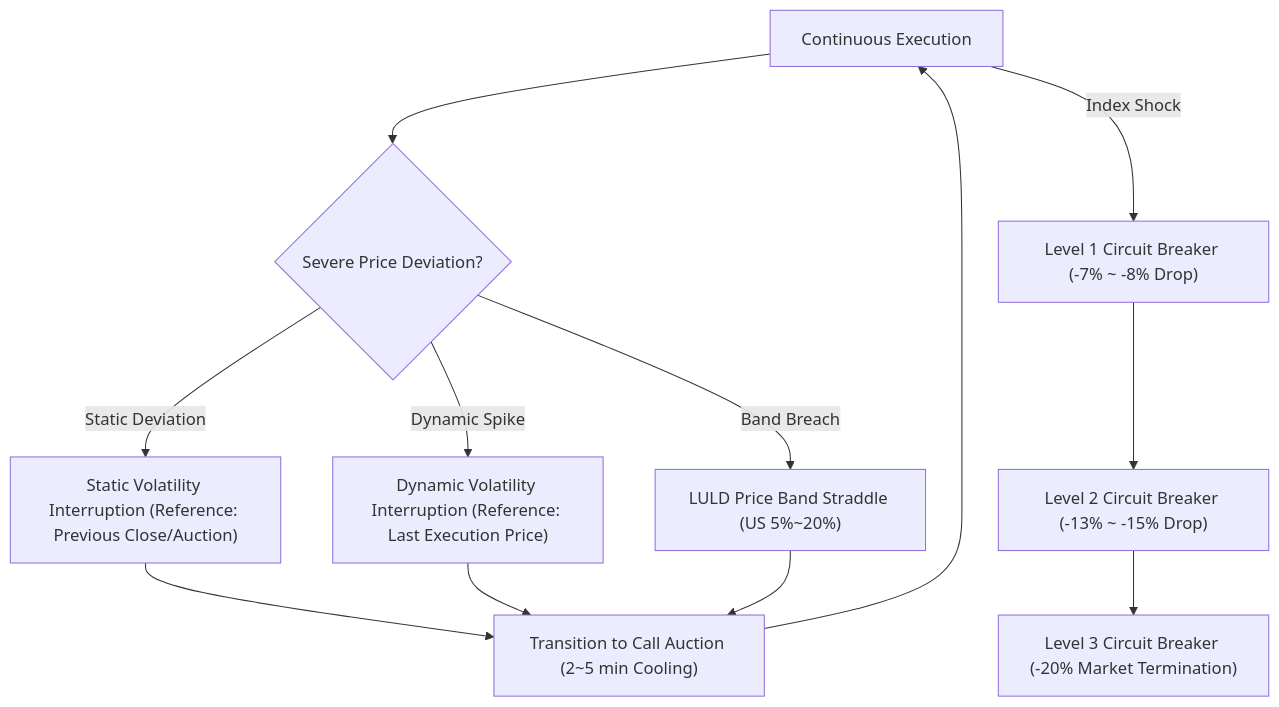
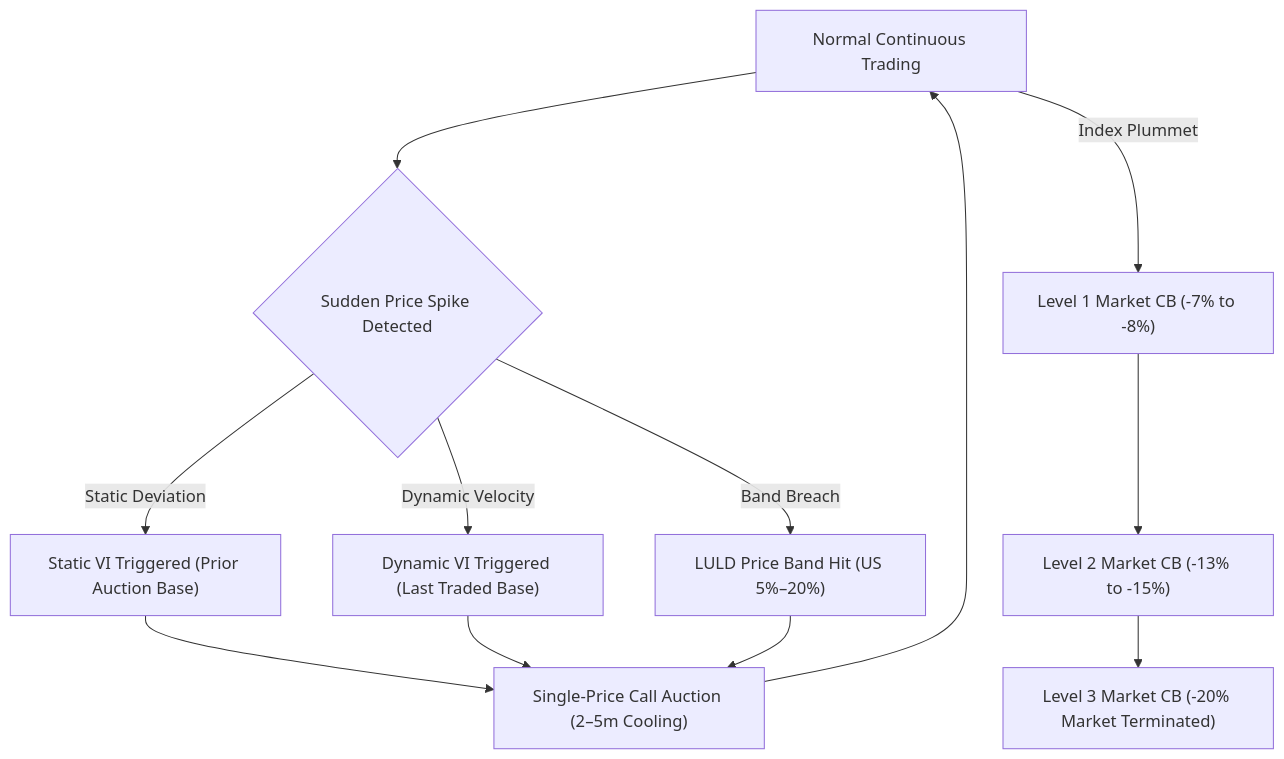
One commit to keimania/global-exchanges changed the third of 4 diagrams in en/comparison_matrix.md. Above: the diagram before and after it, drawn with Mermaid. The commit also changed other lines of this file and 7 other files, not shown here.

````diff
--- a/en/comparison_matrix.md
+++ b/en/comparison_matrix.md
@@ -107,26 +110,26 @@
 ```mermaid
 flowchart TD
-    Normal["Continuous Execution"]
-    VI_Check{"Severe Price Deviation?"}
-    VI_Static["Static Volatility Interruption (Reference: Previous Close/Auction)"]
-    VI_Dynamic["Dynamic Volatility Interruption (Reference: Last Execution Price)"]
-    LULD_Band["LULD Price Band Straddle (US 5%~20%)"]
-    CallAuction["Transition to Call Auction (2~5 min Cooling)"]
+    Normal["Normal Continuous Trading"]
+    VI_Check{"Sudden Price Spike Detected"}
+    VI_Static["Static VI Triggered (Prior Auction Base)"]
+    VI_Dynamic["Dynamic VI Triggered (Last Traded Base)"]
+    LULD_Band["LULD Price Band Hit (US 5%–20%)"]
+    CallAuction["Single-Price Call Auction (2–5m Cooling)"]
 
     Normal --> VI_Check
     VI_Check -->|Static Deviation| VI_Static
-    VI_Check -->|Dynamic Spike| VI_Dynamic
+    VI_Check -->|Dynamic Velocity| VI_Dynamic
     VI_Check -->|Band Breach| LULD_Band
     VI_Static --> CallAuction
     VI_Dynamic --> CallAuction
     LULD_Band --> CallAuction
     CallAuction --> Normal
 
-    Level1["Level 1 Circuit Breaker (-7% ~ -8% Drop)"]
-    Level2["Level 2 Circuit Breaker (-13% ~ -15% Drop)"]
-    Level3["Level 3 Circuit Breaker (-20% Market Termination)"]
+    Level1["Level 1 Market CB (-7% to -8%)"]
+    Level2["Level 2 Market CB (-13% to -15%)"]
+    Level3["Level 3 Market CB (-20% Market Terminated)"]
 
-    Normal -->|Index Shock| Level1
+    Normal -->|Index Plummet| Level1
     Level1 --> Level2
     Level2 --> Level3
 ```
````
